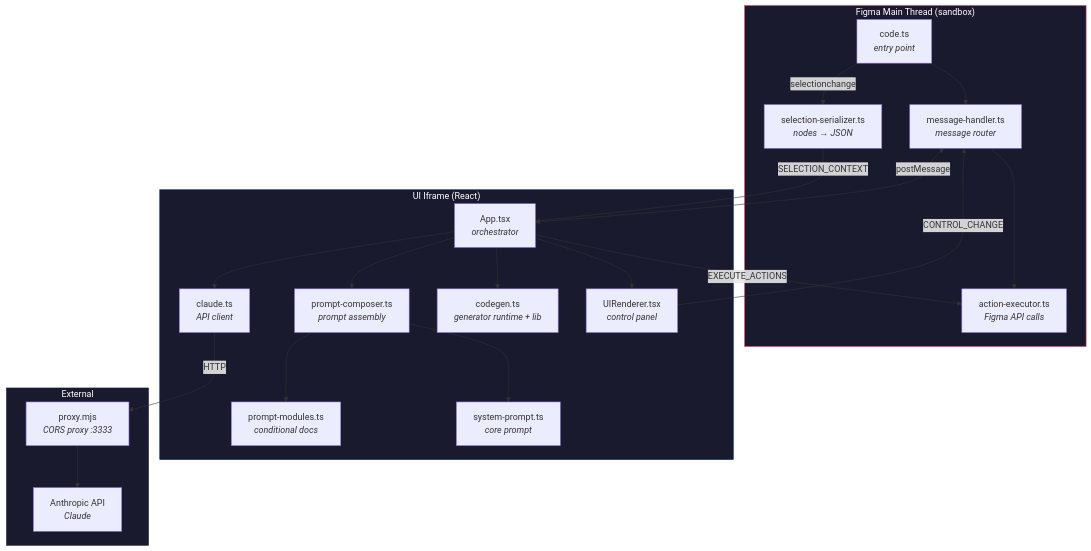
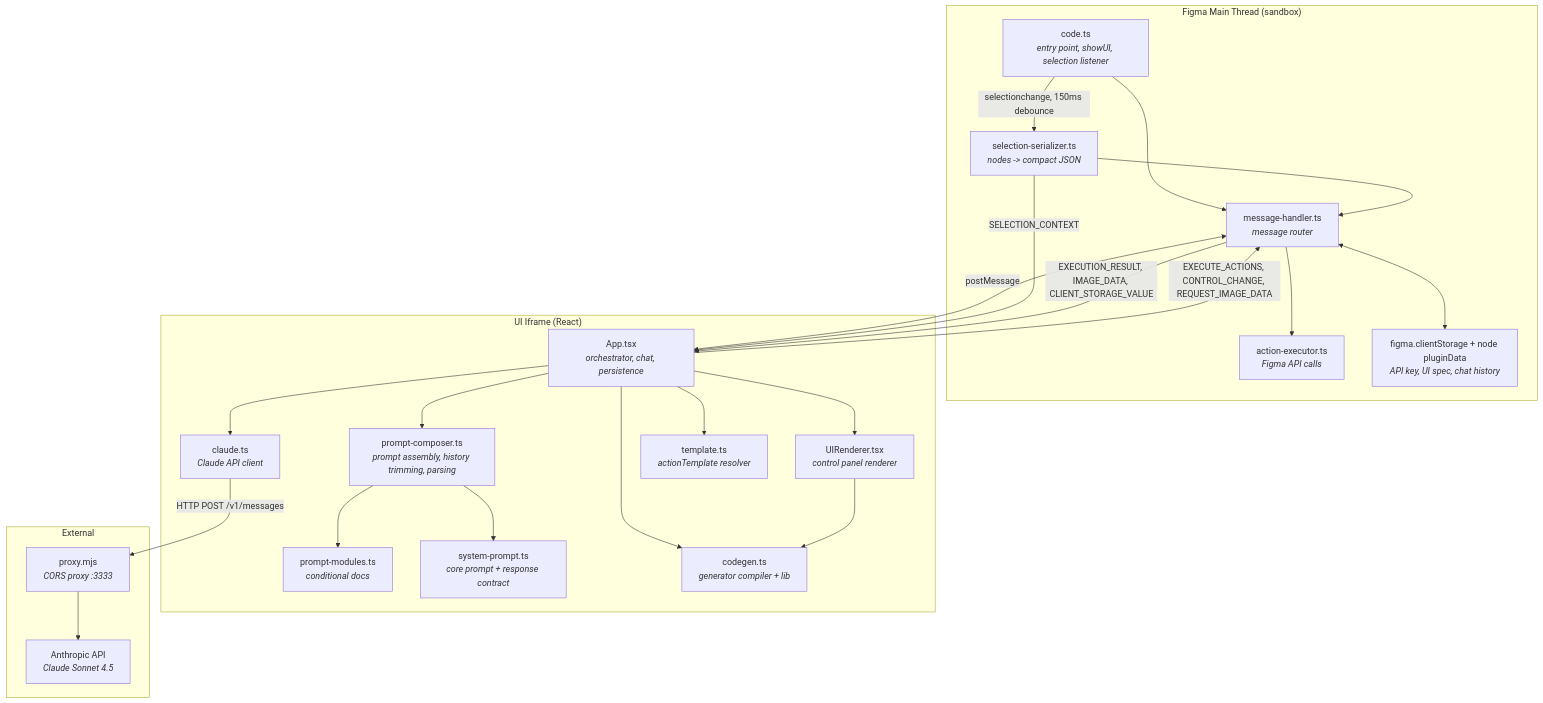
The first of 6 diagrams in ARCHITECTURE.md (jjcall/Switches), drawn with Mermaid before and after one commit. The commit also changed other lines of this file and 1 other file, not shown here.

````diff
--- a/ARCHITECTURE.md
+++ b/ARCHITECTURE.md
@@ -7,47 +9,49 @@
 ```mermaid
 graph TB
     subgraph figma["Figma Main Thread (sandbox)"]
-        code["code.ts<br/><i>entry point</i>"]
+        code["code.ts<br/><i>entry point, showUI, selection listener</i>"]
         handler["message-handler.ts<br/><i>message router</i>"]
-        serializer["selection-serializer.ts<br/><i>nodes → JSON</i>"]
+        serializer["selection-serializer.ts<br/><i>nodes -> compact JSON</i>"]
         executor["action-executor.ts<br/><i>Figma API calls</i>"]
+        storage["figma.clientStorage + node pluginData<br/><i>API key, UI spec, chat history</i>"]
 
         code --> handler
-        code -->|selectionchange| serializer
+        code -->|selectionchange, 150ms debounce| serializer
         handler --> executor
+        handler <--> storage
+        serializer --> handler
     end
 
     subgraph iframe["UI Iframe (React)"]
-        app["App.tsx<br/><i>orchestrator</i>"]
-        composer["prompt-composer.ts<br/><i>prompt assembly</i>"]
+        app["App.tsx<br/><i>orchestrator, chat, persistence</i>"]
+        composer["prompt-composer.ts<br/><i>prompt assembly, history trimming, parsing</i>"]
         modules["prompt-modules.ts<br/><i>conditional docs</i>"]
-        core["system-prompt.ts<br/><i>core prompt</i>"]
-        claude["claude.ts<br/><i>API client</i>"]
-        codegen["codegen.ts<br/><i>generator runtime + lib</i>"]
-        renderer["UIRenderer.tsx<br/><i>control panel</i>"]
+        core["system-prompt.ts<br/><i>core prompt + response contract</i>"]
+        claude["claude.ts<br/><i>Claude API client</i>"]
+        renderer["UIRenderer.tsx<br/><i>control panel renderer</i>"]
+        template["template.ts<br/><i>actionTemplate resolver</i>"]
+        codegen["codegen.ts<br/><i>generator compiler + lib</i>"]
 
         app --> composer
         composer --> core
         composer --> modules
         app --> claude
+        app --> renderer
+        app --> template
         app --> codegen
-        app --> renderer
+        renderer --> codegen
     end
 
     subgraph external["External"]
         proxy["proxy.mjs<br/><i>CORS proxy :3333</i>"]
-        anthropic["Anthropic API<br/><i>Claude</i>"]
+        anthropic["Anthropic API<br/><i>Claude Sonnet 4.5</i>"]
 
         proxy --> anthropic
     end
 
     handler <-->|postMessage| app
     serializer -->|SELECTION_CONTEXT| app
-    app -->|EXECUTE_ACTIONS| executor
-    renderer -->|CONTROL_CHANGE| handler
-    claude -->|HTTP| proxy
-
-    style figma fill:#1a1a2e,stroke:#e94560,color:#fff
-    style iframe fill:#1a1a2e,stroke:#0f3460,color:#fff
-    style external fill:#1a1a2e,stroke:#16213e,color:#fff
+    app -->|EXECUTE_ACTIONS, CONTROL_CHANGE, REQUEST_IMAGE_DATA| handler
+    handler -->|EXECUTION_RESULT, IMAGE_DATA, CLIENT_STORAGE_VALUE| app
+    claude -->|HTTP POST /v1/messages| proxy
 ```
````
